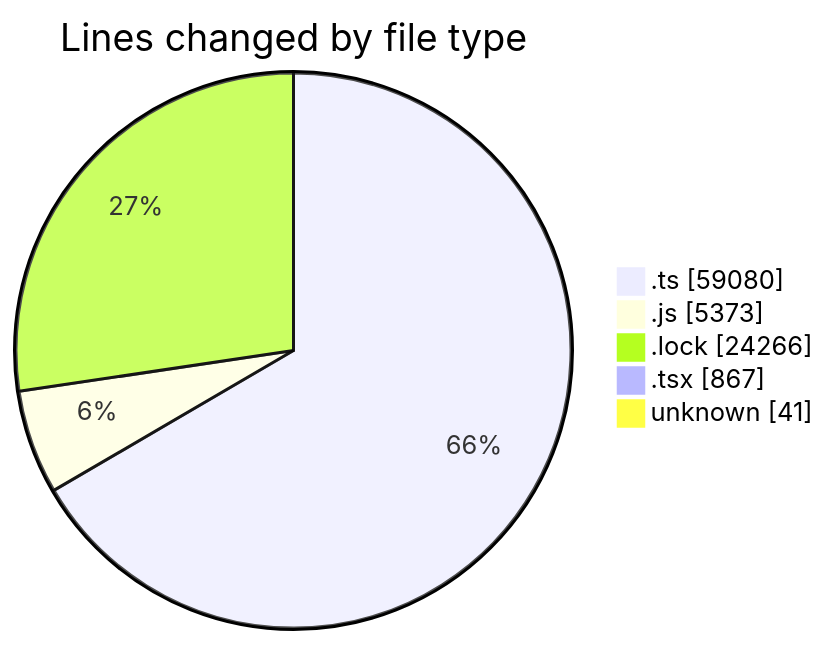
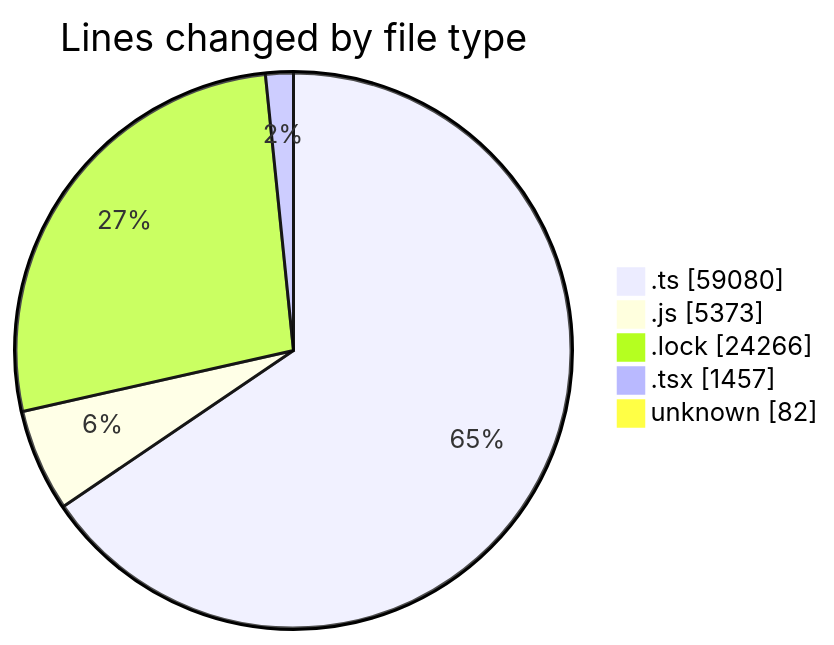
The first of 2 diagrams in 2025-08-14/cda/README.md (momahboobian/code-tracking), drawn with Mermaid before and after one commit. The commit also changed other lines of this file and 1 other file, not shown here.

````diff
--- a/2025-08-14/cda/README.md
+++ b/2025-08-14/cda/README.md
@@ -38,9 +38,9 @@
 ```mermaid
 pie showData
 title Lines changed by file type
 ".ts" : 59080
 ".js" : 5373
 ".lock" : 24266
-".tsx" : 867
-"unknown" : 41
+".tsx" : 1457
+"unknown" : 82
 ```
````
